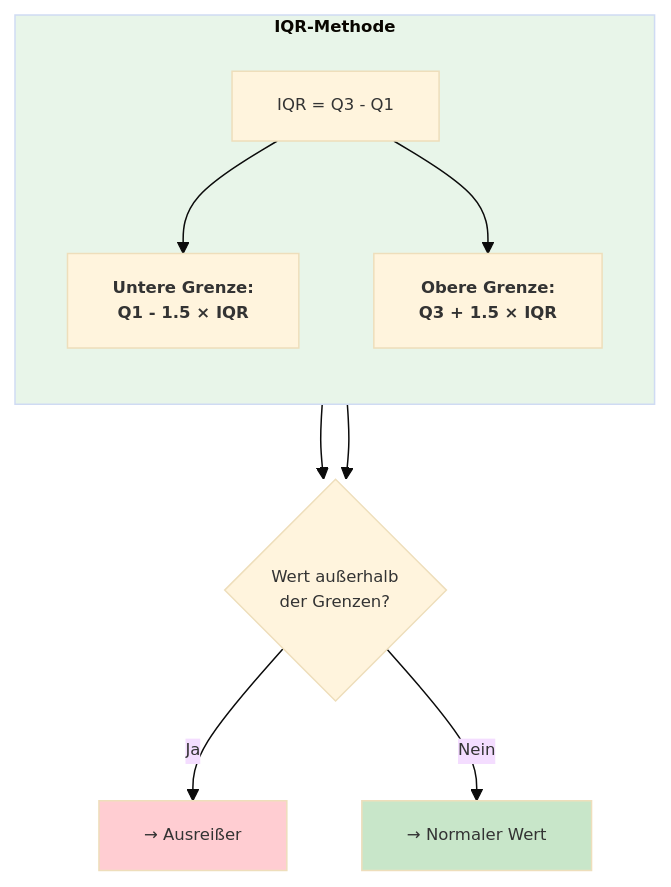
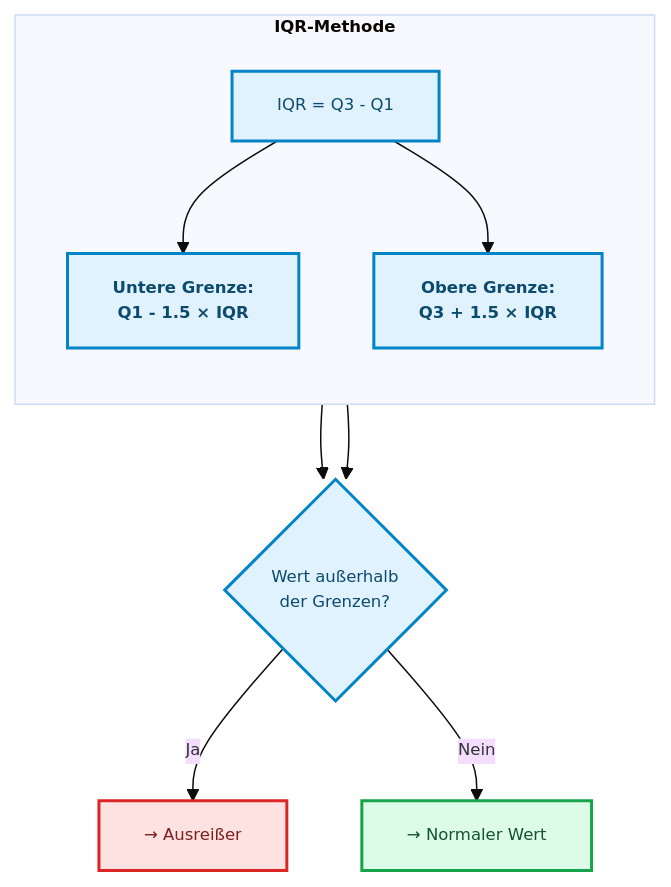
The fourth of 7 diagrams in docs/concepts/prepare/outlier.md (ralf-42/ML_Intro), drawn with Mermaid before and after one commit. The commit also changed other lines of this file and 67 other files, not shown here.

````diff
--- a/docs/concepts/prepare/outlier.md
+++ b/docs/concepts/prepare/outlier.md
@@ -151,23 +150,25 @@
 ```mermaid
 %%{init: {'theme': 'base', 'themeVariables': {'fontSize': '11px'}}}%%
 flowchart TB
     subgraph iqr["<b>IQR-Methode"]
         direction TB
         calc["IQR = Q3 - Q1"]
         lower["<b>Untere Grenze:<br/>Q1 - 1.5 × IQR"]
         upper["<b>Obere Grenze:<br/>Q3 + 1.5 × IQR"]
     end
 
     calc --> lower
     calc --> upper
 
     lower --> outlier_check{"Wert außerhalb<br/>der Grenzen?"}
     upper --> outlier_check
 
     outlier_check -->|"Ja"| is_outlier["→ Ausreißer"]
     outlier_check -->|"Nein"| normal["→ Normaler Wert"]
 
-    style iqr fill:#e8f5e9
-    style is_outlier fill:#ffcdd2
-    style normal fill:#c8e6c9
+classDef default fill:#e0f2fe,stroke:#0284c7,stroke-width:2px,color:#0c4a6e;
+classDef output fill:#dcfce7,stroke:#16a34a,stroke-width:2px,color:#14532d;
+classDef stop fill:#fee2e2,stroke:#dc2626,stroke-width:2px,color:#7f1d1d;
+class normal output;
+class is_outlier stop;
 ```
````
